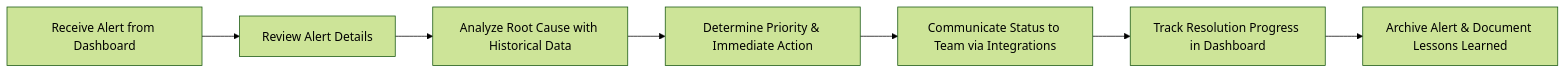
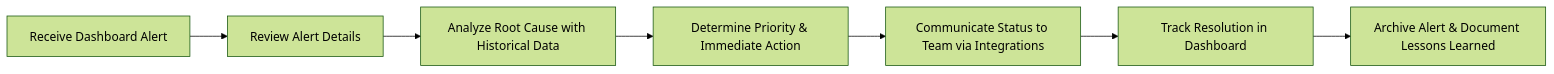
The tenth of 13 diagrams in Docs/entire_project/Quick_Start_Guide/Quick_Start_Guide.md (Shakour-Data/AutoProjectManagement), drawn with Mermaid (forest theme) before and after one commit. The commit also changed other lines of this file, not shown here.

````diff
--- a/Docs/entire_project/Quick_Start_Guide/Quick_Start_Guide.md
+++ b/Docs/entire_project/Quick_Start_Guide/Quick_Start_Guide.md
@@ -2200,9 +658,9 @@
 ```mermaid
 graph LR
-    A[Receive Alert from Dashboard] --> B[Review Alert Details]
+    A[Receive Dashboard Alert] --> B[Review Alert Details]
     B --> C[Analyze Root Cause with Historical Data]
     C --> D[Determine Priority & Immediate Action]
     D --> E[Communicate Status to Team via Integrations]
-    E --> F[Track Resolution Progress in Dashboard]
+    E --> F[Track Resolution in Dashboard]
     F --> G[Archive Alert & Document Lessons Learned]
 ```
````
